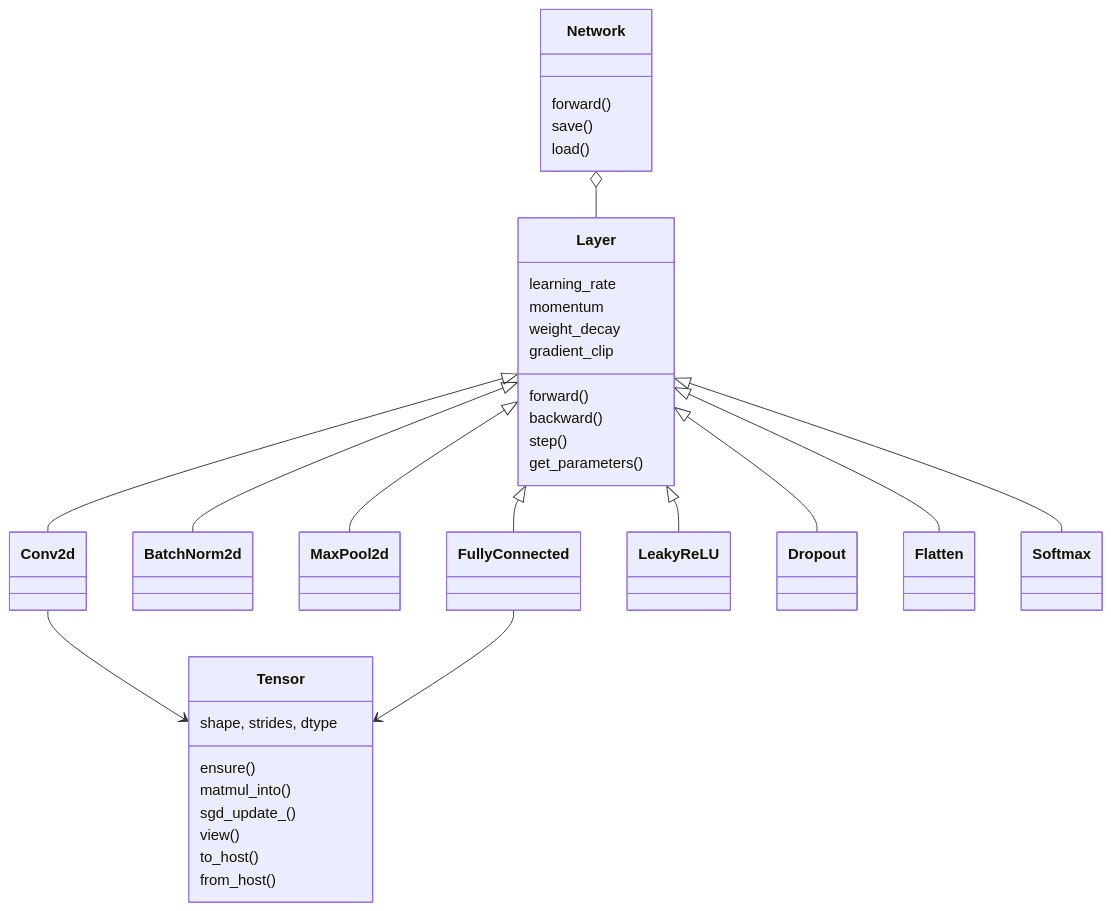
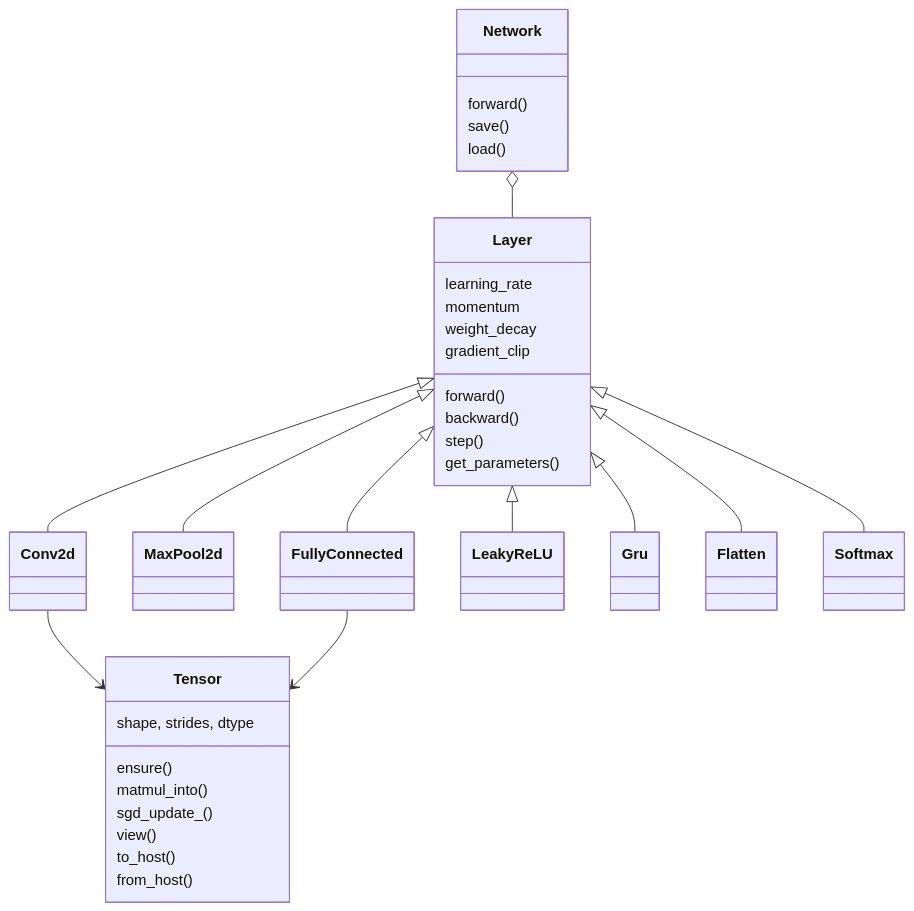
The diagram in docs/library/overview.md (Kemo321/Bachelor-Thesis), drawn with Mermaid before and after one commit. The commit also changed other lines of this file and 27 other files, not shown here.

First line of the commit message:
Remove BatchNorm2d, Dropout, and mean squared error.

````diff
--- a/docs/library/overview.md
+++ b/docs/library/overview.md
@@ -23,42 +23,41 @@
 ```mermaid
 classDiagram
     class Tensor {
         shape, strides, dtype
         ensure()
         matmul_into()
         sgd_update_()
         view()
         to_host()
         from_host()
     }
 
     class Layer {
         learning_rate
         momentum
         weight_decay
         gradient_clip
         forward()
         backward()
         step()
         get_parameters()
     }
 
     class Network {
         forward()
         save()
         load()
     }
 
     Layer <|-- Conv2d
-    Layer <|-- BatchNorm2d
     Layer <|-- MaxPool2d
     Layer <|-- FullyConnected
     Layer <|-- LeakyReLU
-    Layer <|-- Dropout
+    Layer <|-- Gru
     Layer <|-- Flatten
     Layer <|-- Softmax
 
     Network o-- Layer
     Conv2d --> Tensor
     FullyConnected --> Tensor
 ```
````
